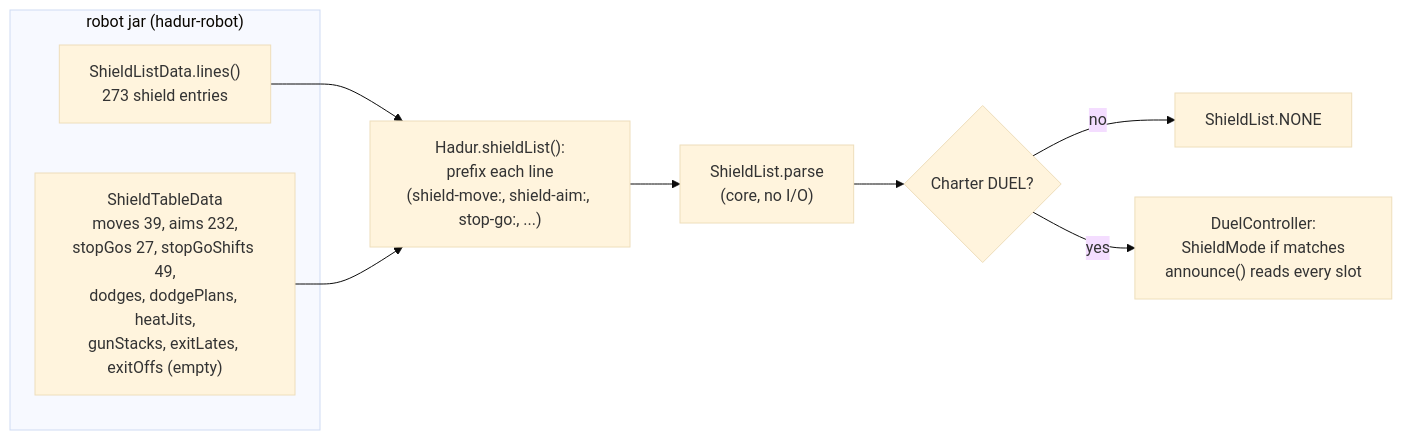
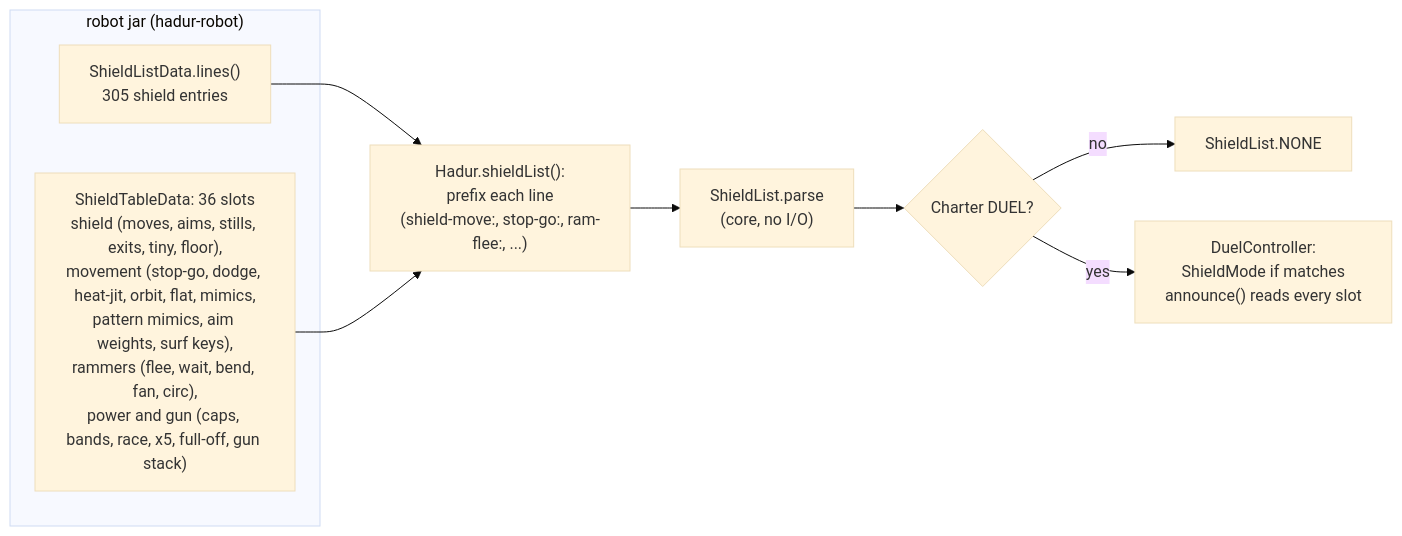
One commit to lgriffin/Hadur_Robot changed diagram 17 of 25 in docs/architecture-c4.md. Above: the diagram before and after it, drawn with Mermaid (base theme). The commit also changed other lines of this file and 132 other files, not shown here.

First line of the commit message:
Architecture review: honest traceability gate, coverage floor, requirements by area, docs refresh (#998)

````diff
--- a/docs/architecture-c4.md
+++ b/docs/architecture-c4.md
@@ -709,13 +722,13 @@
 ```mermaid
 flowchart LR
   subgraph jar["robot jar (hadur-robot)"]
-    SL["ShieldListData.lines()<br/>273 shield entries"]
-    ST["ShieldTableData<br/>moves 39, aims 232,<br/>stopGos 27, stopGoShifts 49,<br/>dodges, dodgePlans, heatJits,<br/>gunStacks, exitLates, exitOffs (empty)"]
+    SL["ShieldListData.lines()<br/>305 shield entries"]
+    ST["ShieldTableData: 36 slots<br/>shield (moves, aims, stills, exits, tiny, floor),<br/>movement (stop-go, dodge, heat-jit, orbit, flat, mimics,<br/>pattern mimics, aim weights, surf keys),<br/>rammers (flee, wait, bend, fan, circ),<br/>power and gun (caps, bands, race, x5, full-off, gun stack)"]
   end
-  SL --> P["Hadur.shieldList():<br/>prefix each line<br/>(shield-move:, shield-aim:, stop-go:, ...)"]
+  SL --> P["Hadur.shieldList():<br/>prefix each line<br/>(shield-move:, stop-go:, ram-flee:, ...)"]
   ST --> P
   P --> Q["ShieldList.parse<br/>(core, no I/O)"]
   Q --> C{"Charter DUEL?"}
   C -- no --> N["ShieldList.NONE"]
   C -- yes --> D["DuelController:<br/>ShieldMode if matches<br/>announce() reads every slot"]
 ```
````
